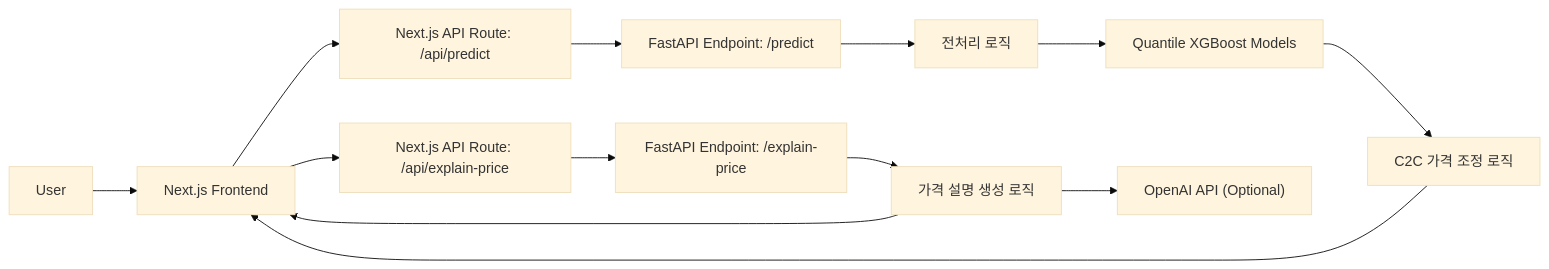
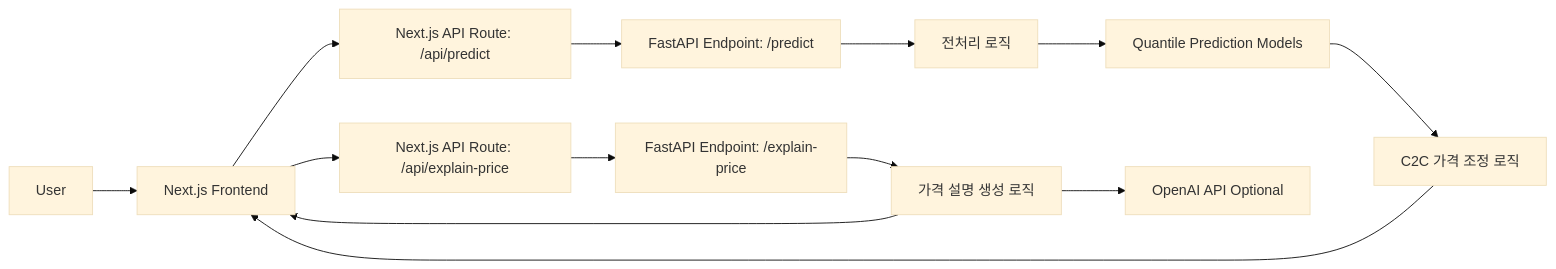
One commit to chanho0215/car_price changed the second of 3 diagrams in README.md. Above: the diagram before and after it, drawn with Mermaid (base theme). The commit also changed other lines of this file, not shown here.

````diff
--- a/README.md
+++ b/README.md
@@ -126,18 +233,18 @@
 ```mermaid
 flowchart LR
     U["User"] --> FE["Next.js Frontend"]
     FE --> API1["Next.js API Route: /api/predict"]
     FE --> API2["Next.js API Route: /api/explain-price"]
 
     API1 --> BE1["FastAPI Endpoint: /predict"]
     API2 --> BE2["FastAPI Endpoint: /explain-price"]
 
     BE1 --> PP["전처리 로직"]
-    PP --> ML["Quantile XGBoost Models"]
+    PP --> ML["Quantile Prediction Models"]
     ML --> ADJ["C2C 가격 조정 로직"]
     ADJ --> FE
 
     BE2 --> EXP["가격 설명 생성 로직"]
-    EXP --> OA["OpenAI API (Optional)"]
+    EXP --> OA["OpenAI API Optional"]
     EXP --> FE
 ```
````
